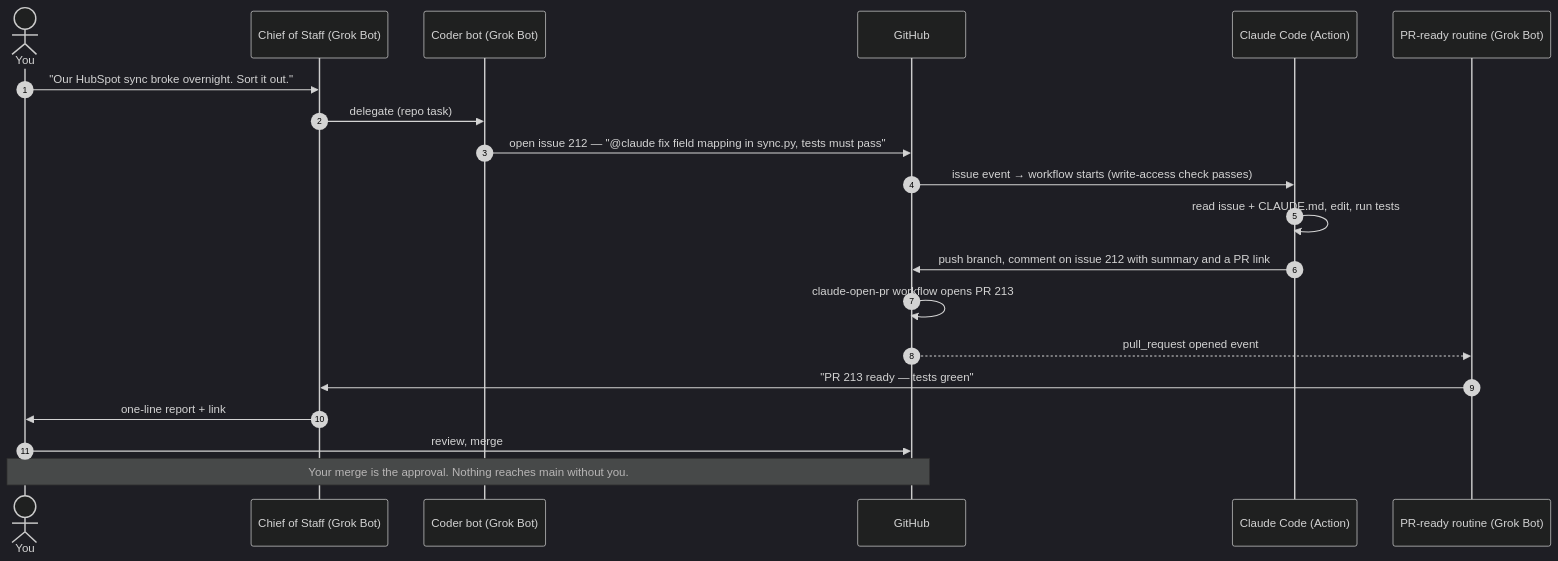
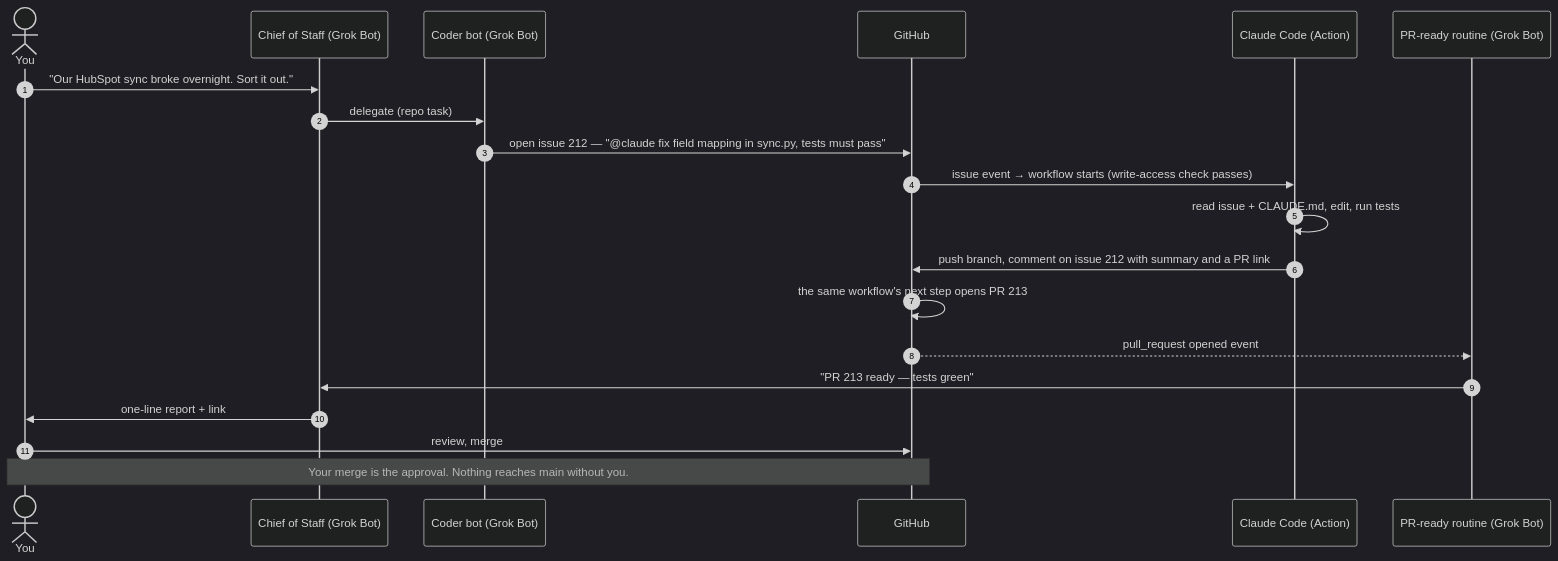
One commit to mathew-builds/Handoff changed the second of 4 diagrams in docs/01-architecture.md. Above: the diagram before and after it, drawn with Mermaid (dark theme). The commit also changed other lines of this file and 10 other files, not shown here.

First line of the commit message:
fix: open the PR inside claude.yml — the push-triggered workflow never fired

````diff
--- a/docs/01-architecture.md
+++ b/docs/01-architecture.md
@@ -65,23 +65,23 @@
 ```mermaid
 sequenceDiagram
     autonumber
     actor You
     participant CoS as Chief of Staff (Grok Bot)
     participant Coder as Coder bot (Grok Bot)
     participant GH as GitHub
     participant CC as Claude Code (Action)
     participant RT as PR-ready routine (Grok Bot)
 
     You->>CoS: "Our HubSpot sync broke overnight. Sort it out."
     CoS->>Coder: delegate (repo task)
     Coder->>GH: open issue 212 — "@claude fix field mapping in sync.py, tests must pass"
     GH->>CC: issue event → workflow starts (write-access check passes)
     CC->>CC: read issue + CLAUDE.md, edit, run tests
     CC->>GH: push branch, comment on issue 212 with summary and a PR link
-    GH->>GH: claude-open-pr workflow opens PR 213
+    GH->>GH: the same workflow's next step opens PR 213
     GH-->>RT: pull_request opened event
     RT->>CoS: "PR 213 ready — tests green"
     CoS->>You: one-line report + link
     You->>GH: review, merge
     Note over You,GH: Your merge is the approval. Nothing reaches main without you.
 ```
````
